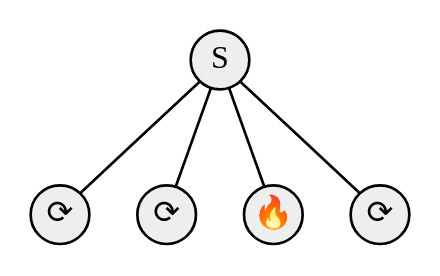
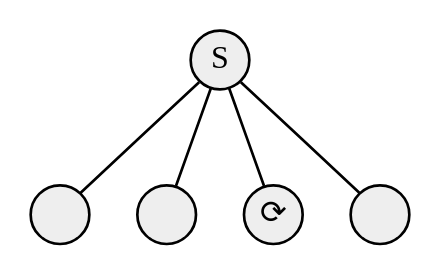
The fifth of 16 diagrams in presentation.org (dont-rely-on-nulls/gambiconf-2025), drawn with Graphviz before and after one commit. The commit also changed other lines of this file and 24 other files, not shown here.

```diff
--- a/presentation.org
+++ b/presentation.org
@@ -477,30 +341,30 @@
-#+BEGIN_SRC dot :file ./img/erlang_supervisor_o4a.png :cmdline -Kdot -Tpng :exports results
-  graph g {
-  	ratio=fill
-  	splines=spline
-  	overlap=scale
+    #+BEGIN_SRC dot :file ./img/erlang_supervisor_o4o_2.png :cmdline -Kdot -Tpng :exports results
+    graph g {
+            ratio=fill
+            splines=spline
+            overlap=scale
 
-  	node [
-        label="⟳", 
-        xlabel="",
-        shape=circle,
-        fixedsize=true,
-        width=0.3,
-        color="black",
-        fillcolor="#eeeeee",
-        style="filled,solid",
-        fontsize=12
-  	]
+            node [
+            label="", 
+            xlabel="",
+            shape=circle,
+            fixedsize=true,
+            width=0.3,
+            color="black",
+            fillcolor="#eeeeee",
+            style="filled,solid",
+            fontsize=12
+            ]
 
-  	sup [label="S", pos="1,1"]
-  	w1 [pos="0,0"]
-  	w2 [pos="0,1"]
-  	w3 [label="🔥", pos="0,2"]
-  	w4 [pos="0,3"]
+            sup [label="S", pos="1,1"]
+            w1 [pos="0,0"]
+            w2 [pos="0,1"]
+            w3 [label="⟳", pos="0,2"]
+            w4 [pos="0,3"]
 
-  	sup -- w1
-  	sup -- w2
-  	sup -- w3
-  	sup -- w4
-  }
-#+END_SRC
+            sup -- w1
+            sup -- w2
+            sup -- w3
+            sup -- w4
+    }
+    #+END_SRC
```
